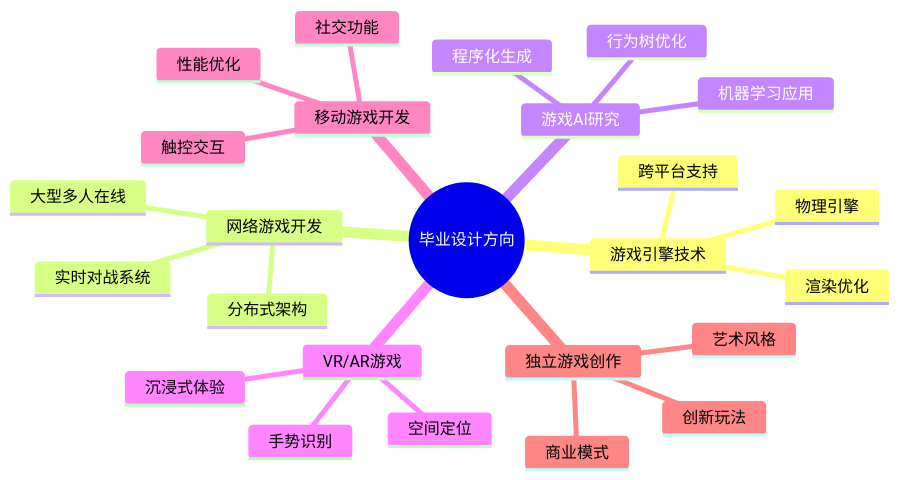
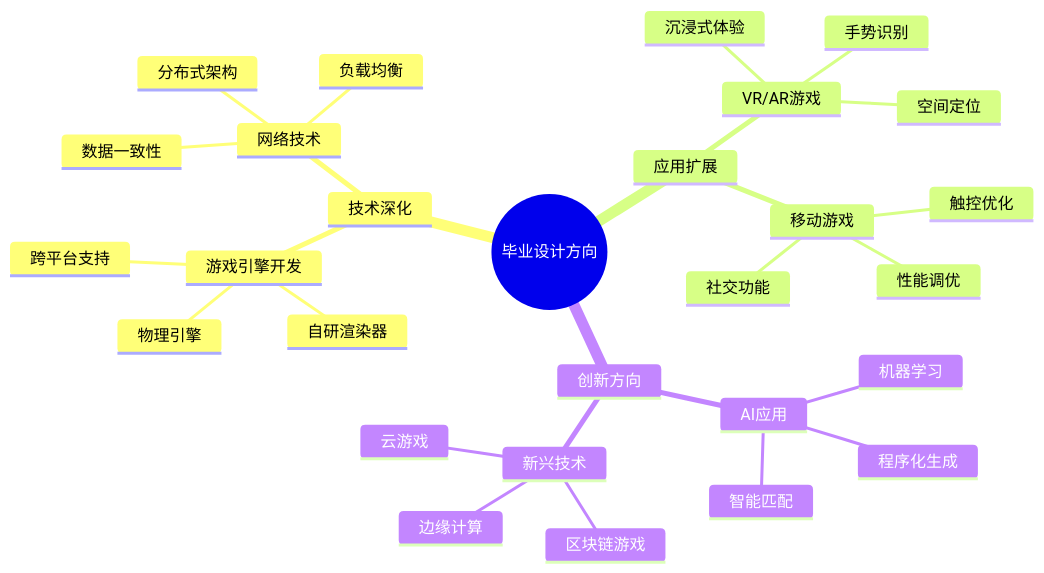
Before and after one commit to youjing-mz/snake: the ninth of 9 diagrams in 课时4-多人游戏与项目总结/README.md, drawn with Mermaid. The commit also changed other lines of this file and 8 other files, not shown here.

````diff
--- a/课时4-多人游戏与项目总结/README.md
+++ b/课时4-多人游戏与项目总结/README.md
@@ -260,28 +220,31 @@
 ```mermaid
 mindmap
   root((毕业设计方向))
-    游戏引擎技术
-      渲染优化
-      物理引擎
-      跨平台支持
-    网络游戏开发
-      大型多人在线
-      实时对战系统
-      分布式架构
-    游戏AI研究
-      机器学习应用
-      行为树优化
-      程序化生成
-    VR/AR游戏
-      沉浸式体验
-      手势识别
-      空间定位
-    移动游戏开发
-      性能优化
-      触控交互
-      社交功能
-    独立游戏创作
-      创新玩法
-      艺术风格
-      商业模式
+    技术深化
+      游戏引擎开发
+        自研渲染器
+        物理引擎
+        跨平台支持
+      网络技术
+        分布式架构
+        负载均衡
+        数据一致性
+    应用扩展
+      VR/AR游戏
+        沉浸式体验
+        手势识别
+        空间定位
+      移动游戏
+        触控优化
+        性能调优
+        社交功能
+    创新方向
+      AI应用
+        机器学习
+        程序化生成
+        智能匹配
+      新兴技术
+        区块链游戏
+        云游戏
+        边缘计算
 ```
````
